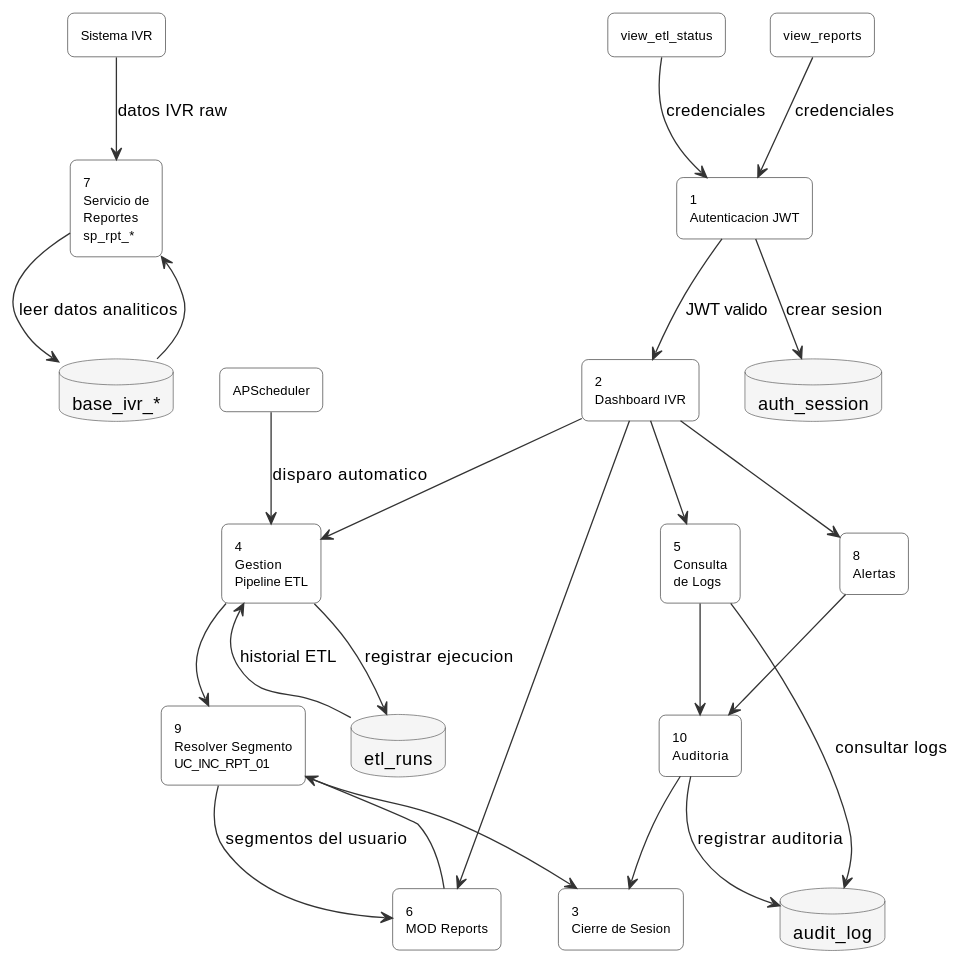
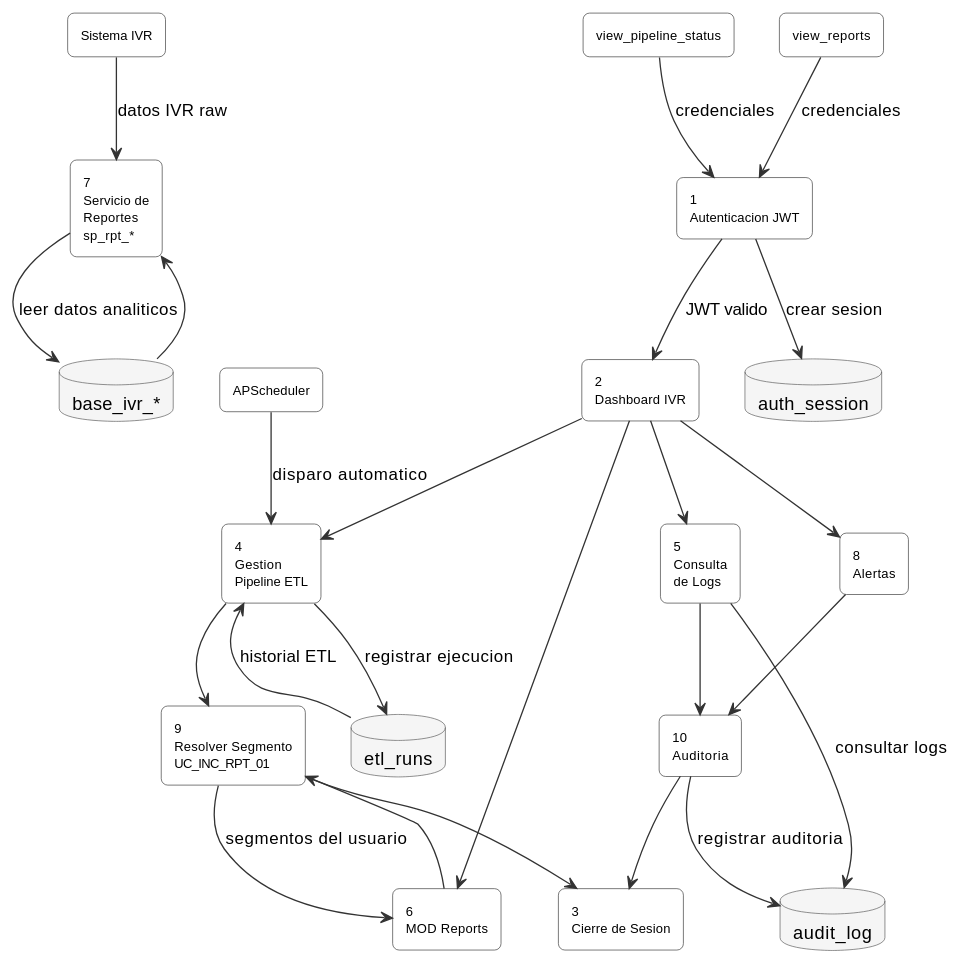
One commit to jcg-admin/IACT-docs changed the third of 3 diagrams in source/arquitectura-tecnica/arquitectura-sistema.rst. Above: the diagram before and after it, drawn with PlantUML. The commit also changed other lines of this file and 157 other files, not shown here.

First line of the commit message:
Enforce catalog function names across all diagrams

```diff
--- a/source/arquitectura-tecnica/arquitectura-sistema.rst
+++ b/source/arquitectura-tecnica/arquitectura-sistema.rst
@@ -207,69 +207,69 @@
 .. uml::
  :caption: Figura 3 — DFD Nivel 1: descomposicion de sub-procesos
 
  @startuml
  skinparam rectangle {
    RoundCorner 10
    BackgroundColor white
    BorderColor #333333
    FontSize 10
  }
  skinparam database {
    BackgroundColor #f5f5f5
    BorderColor #555555
  }
  skinparam arrowColor #333333
 
  rectangle "Sistema IVR" as IVR
- rectangle "view_etl_status" as SUP
+ rectangle "view_pipeline_status" as SUP
  rectangle "view_reports" as ANA
  rectangle "APScheduler" as SCH
 
  rectangle "1\nAutenticacion JWT" as P1
  rectangle "2\nDashboard IVR" as P2
  rectangle "3\nCierre de Sesion" as P3
  rectangle "4\nGestion\nPipeline ETL" as P4
  rectangle "5\nConsulta\nde Logs" as P5
  rectangle "6\nMOD Reports" as P6
  rectangle "7\nServicio de\nReportes\nsp_rpt_*" as P7
  rectangle "8\nAlertas" as P8
  rectangle "9\nResolver Segmento\nUC_INC_RPT_01" as P9
  rectangle "10\nAuditoria" as P10
 
  database "etl_runs" as DS1
  database "base_ivr_*" as DS2
  database "audit_log" as DS3
  database "auth_session" as DS4
 
  IVR --> P7 : datos IVR raw
  SUP --> P1 : credenciales
  ANA --> P1 : credenciales
  SCH --> P4 : disparo automatico
 
  P1 --> DS4 : crear sesion
  P1 --> P2 : JWT valido
 
  P2 --> P4
  P2 --> P5
  P2 --> P6
  P2 --> P8
 
  P4 --> DS1 : registrar ejecucion
  P4 --> P9
 
  P7 --> DS2 : leer datos analiticos
  DS2 --> P7
 
  P6 --> P9
  P9 --> P6 : segmentos del usuario
 
  DS1 --> P4 : historial ETL
  P5 --> DS3 : consultar logs
 
  P8 --> P10
  P5 --> P10
  P10 --> DS3 : registrar auditoria
  P9 --> P3
  P10 --> P3
 
  @enduml
```
